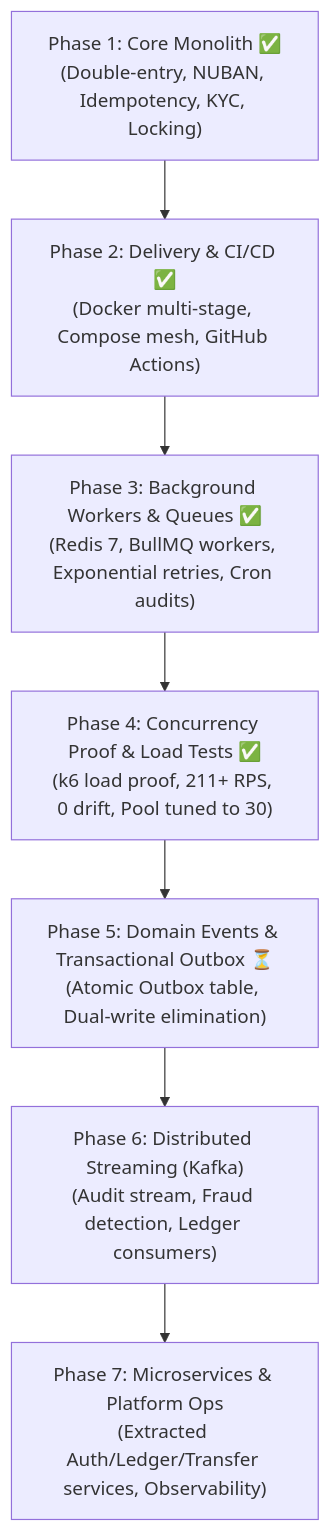
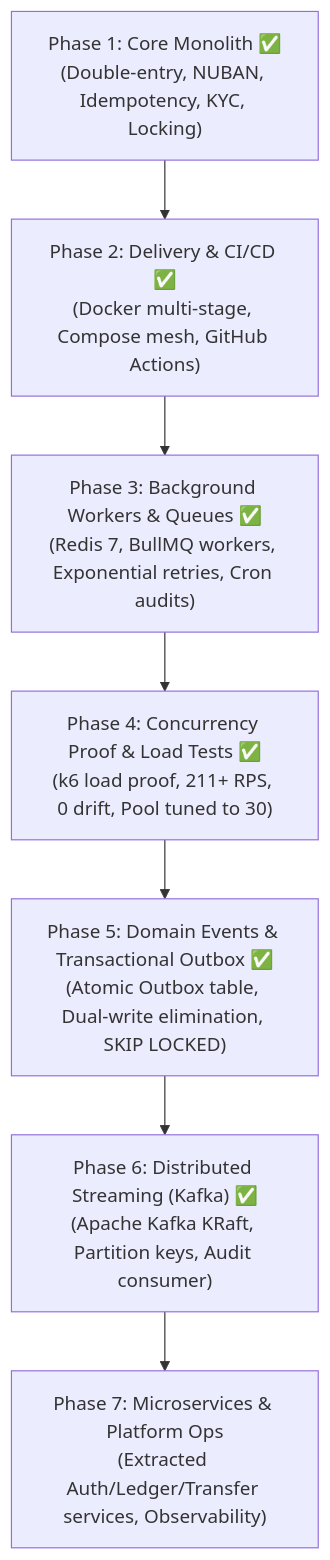
One commit to devhenode/Banking-API changed the second of 2 diagrams in docs/SPEC_OVERVIEW.md. Above: the diagram before and after it, drawn with Mermaid. The commit also changed other lines of this file and 38 other files, not shown here.

First line of the commit message:
feat(kafka): implement Kafka consumer and producer services with outbox pattern

````diff
--- a/docs/SPEC_OVERVIEW.md
+++ b/docs/SPEC_OVERVIEW.md
@@ -76,9 +76,9 @@
 ```mermaid
 flowchart TD
     P1["Phase 1: Core Monolith ✅<br/>(Double-entry, NUBAN, Idempotency, KYC, Locking)"] --> P2["Phase 2: Delivery & CI/CD ✅<br/>(Docker multi-stage, Compose mesh, GitHub Actions)"]
     P2 --> P3["Phase 3: Background Workers & Queues ✅<br/>(Redis 7, BullMQ workers, Exponential retries, Cron audits)"]
     P3 --> P4["Phase 4: Concurrency Proof & Load Tests ✅<br/>(k6 load proof, 211+ RPS, 0 drift, Pool tuned to 30)"]
-    P4 --> P5["Phase 5: Domain Events & Transactional Outbox ⏳<br/>(Atomic Outbox table, Dual-write elimination)"]
-    P5 --> P6["Phase 6: Distributed Streaming (Kafka)<br/>(Audit stream, Fraud detection, Ledger consumers)"]
+    P4 --> P5["Phase 5: Domain Events & Transactional Outbox ✅<br/>(Atomic Outbox table, Dual-write elimination, SKIP LOCKED)"]
+    P5 --> P6["Phase 6: Distributed Streaming (Kafka) ✅<br/>(Apache Kafka KRaft, Partition keys, Audit consumer)"]
     P6 --> P7["Phase 7: Microservices & Platform Ops<br/>(Extracted Auth/Ledger/Transfer services, Observability)"]
 ```
````
